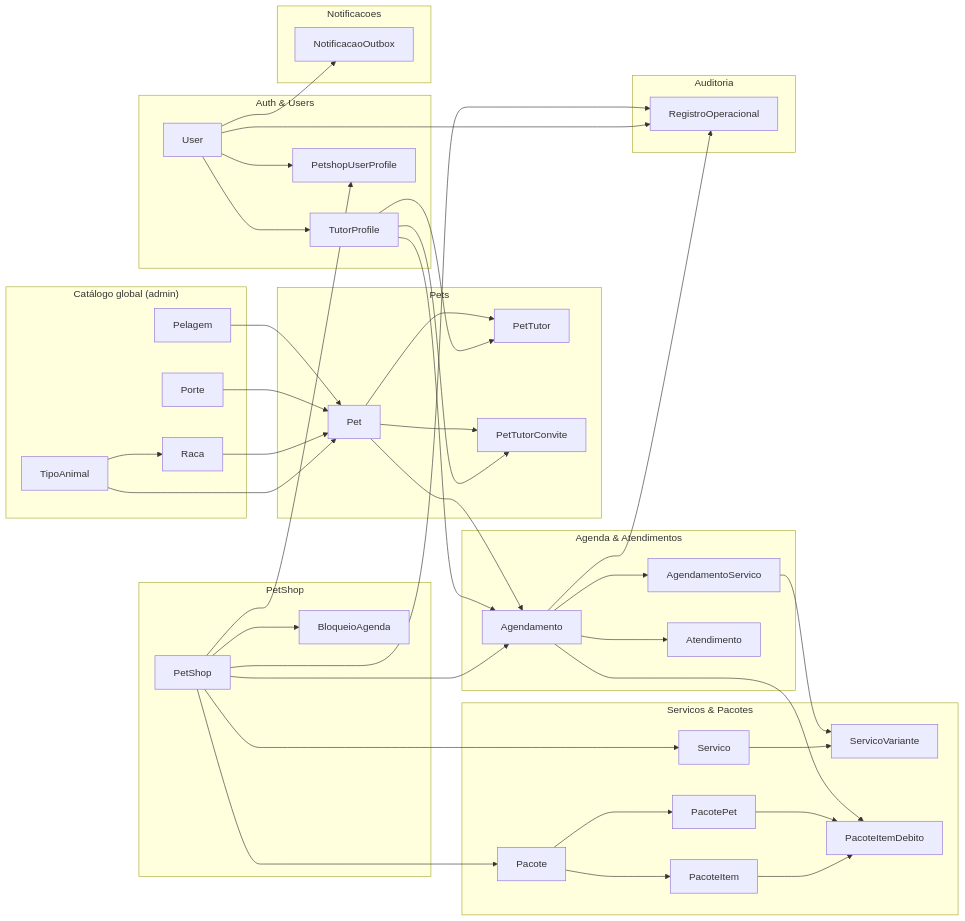
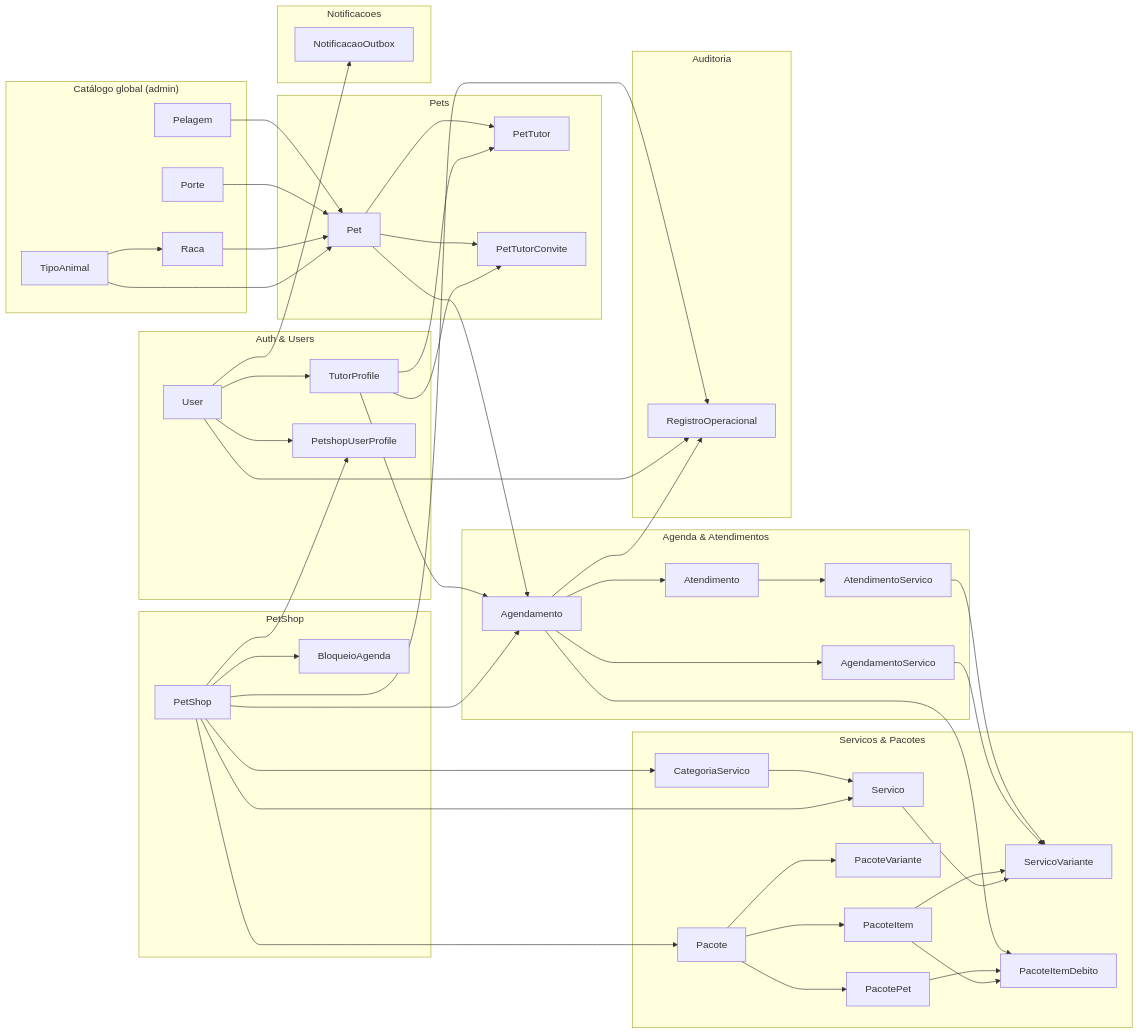
Before and after one commit to letgodoy/patafy: the second of 2 diagrams in docs/Modelo-de-Dominio.md, drawn with Mermaid. The commit also changed other lines of this file, not shown here.

```diff
--- a/docs/Modelo-de-Dominio.md
+++ b/docs/Modelo-de-Dominio.md
@@ -788,9 +884,11 @@
     end
 
     subgraph ServicosPacotes["Servicos & Pacotes"]
+        CS[CategoriaServico]
         S[Servico]
         SV[ServicoVariante]
         PAC[Pacote]
+        PV[PacoteVariante]
         PI[PacoteItem]
         PID[PacoteItemDebito]
         PP[PacotePet]
@@ -800,6 +898,7 @@
         AG[Agendamento]
         AS[AgendamentoServico]
         AT[Atendimento]
+        ATS[AtendimentoServico]
     end
 
     subgraph Notif["Notificacoes"]
@@ -825,14 +924,18 @@
     PET --> PTC
 
     PS --> PUP
+    PS --> CS
     PS --> S
     PS --> PAC
     PS --> AG
     PS --> BA
 
+    CS --> S
     S --> SV
+    PAC --> PV
     PAC --> PI
     PAC --> PP
+    PI --> SV
     PI --> PID
     PP --> PID
 
@@ -842,6 +945,8 @@
     AS --> SV
     AG --> AT
     AG --> PID
+    AT --> ATS
+    ATS --> SV
 
     U --> NO
     U --> RO
```
